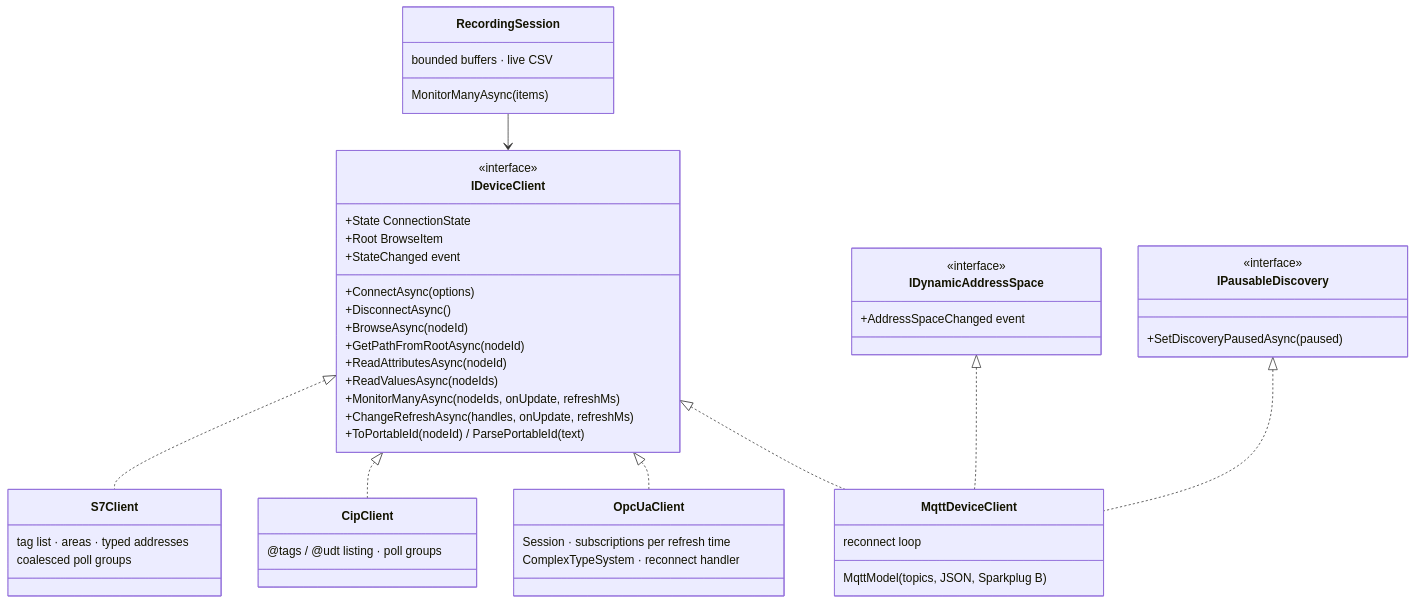
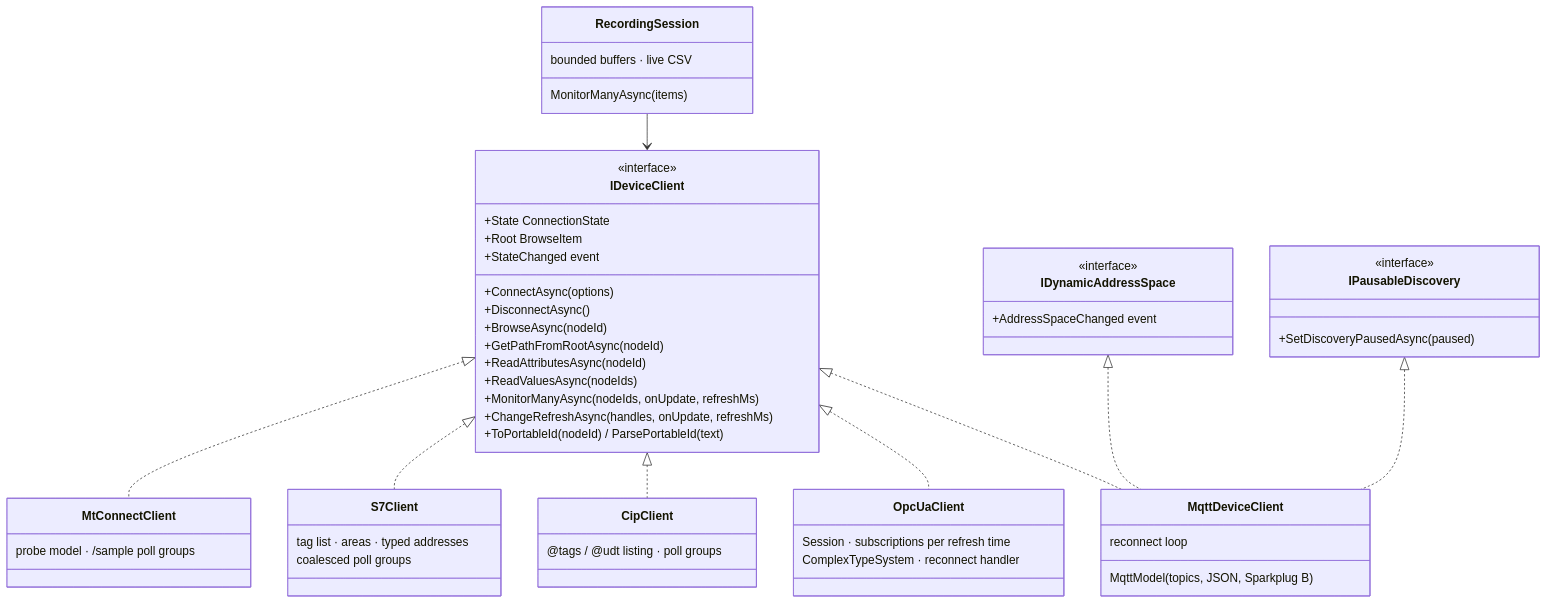
One commit to ZaoralJ/MachineDataBrowser changed the second of 5 diagrams in docs/architecture.md. Above: the diagram before and after it, drawn with Mermaid. The commit also changed other lines of this file and 72 other files, not shown here.

````diff
--- a/docs/architecture.md
+++ b/docs/architecture.md
@@ -126,52 +132,56 @@
 ```mermaid
 classDiagram
     class IDeviceClient {
         <<interface>>
         +State ConnectionState
         +Root BrowseItem
         +ConnectAsync(options)
         +DisconnectAsync()
         +BrowseAsync(nodeId)
         +GetPathFromRootAsync(nodeId)
         +ReadAttributesAsync(nodeId)
         +ReadValuesAsync(nodeIds)
         +MonitorManyAsync(nodeIds, onUpdate, refreshMs)
         +ChangeRefreshAsync(handles, onUpdate, refreshMs)
         +ToPortableId(nodeId) / ParsePortableId(text)
         +StateChanged event
     }
     class IDynamicAddressSpace {
         <<interface>>
         +AddressSpaceChanged event
     }
     class IPausableDiscovery {
         <<interface>>
         +SetDiscoveryPausedAsync(paused)
     }
     class OpcUaClient {
         Session · subscriptions per refresh time
         ComplexTypeSystem · reconnect handler
     }
     class CipClient {
         @tags / @udt listing · poll groups
     }
     class MqttDeviceClient {
         MqttModel (topics, JSON, Sparkplug B)
         reconnect loop
     }
     class S7Client {
         tag list · areas · typed addresses
         coalesced poll groups
     }
     IDeviceClient <|.. OpcUaClient
     IDeviceClient <|.. CipClient
     IDeviceClient <|.. MqttDeviceClient
     IDeviceClient <|.. S7Client
+    class MtConnectClient {
+        probe model · /sample poll groups
+    }
+    IDeviceClient <|.. MtConnectClient
     IDynamicAddressSpace <|.. MqttDeviceClient
     IPausableDiscovery <|.. MqttDeviceClient
     class RecordingSession {
         MonitorManyAsync(items)
         bounded buffers · live CSV
     }
     RecordingSession --> IDeviceClient
 ```
````
